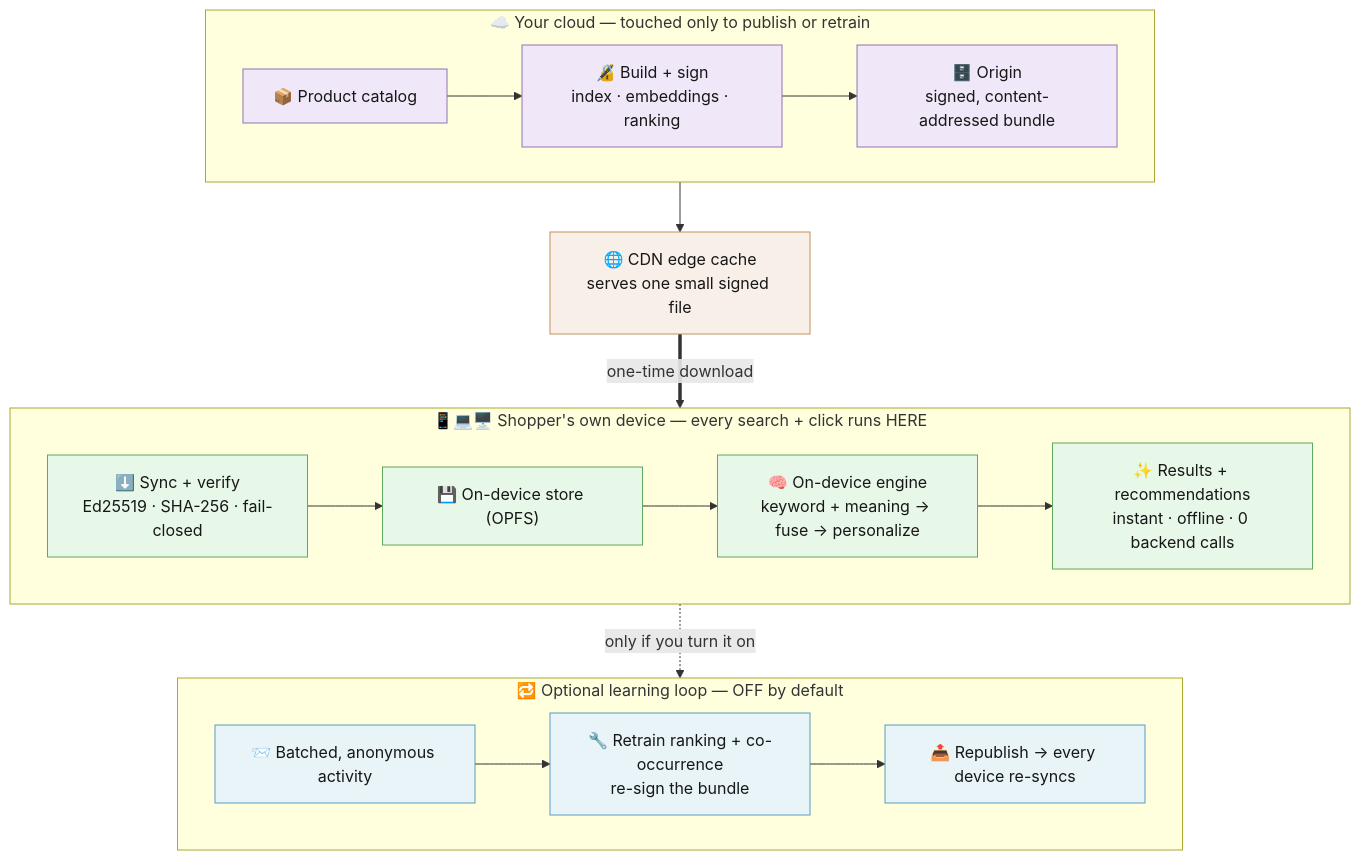
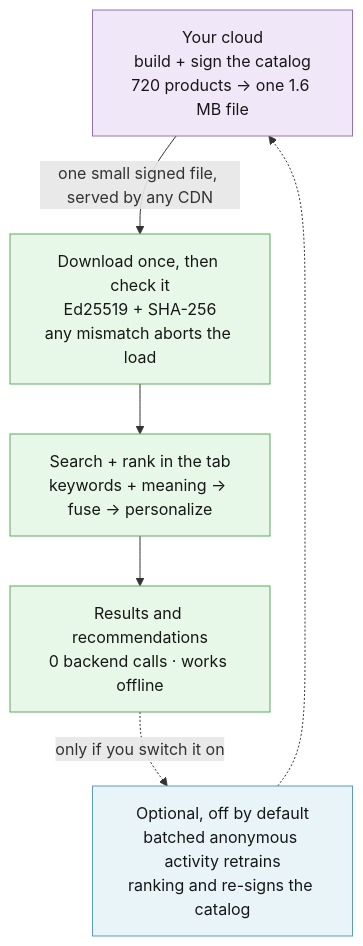
One commit to hseshadr/edge-reco changed the diagram in README.md. Above: the diagram before and after it, drawn with Mermaid. The commit also changed other lines of this file and 27 other files, not shown here.

First line of the commit message:
docs(seo): link all 8 repos from /github, break the three-site island, mermaid diagrams (#56)

````diff
--- a/README.md
+++ b/README.md
@@ -208,26 +198,20 @@
 ```mermaid
 flowchart TB
-  subgraph cloud["☁️ Your cloud — touched only to publish or retrain"]
-    direction LR
-    cat["📦 Product catalog"] --> build["🔏 Build + sign<br>index · embeddings · ranking"] --> origin["🗄️ Origin<br>signed, content-addressed bundle"]
-  end
-  origin --> edge["🌐 CDN edge cache<br>serves one small signed file"]
-  edge ==>|"one-time download"| sync
-  subgraph device["📱💻🖥️ Shopper's own device — every search + click runs HERE"]
-    direction LR
-    sync["⬇️ Sync + verify<br>Ed25519 · SHA-256 · fail-closed"] --> opfs["💾 On-device store (OPFS)"] --> engine["🧠 On-device engine<br>keyword + meaning → fuse → personalize"] --> recs["✨ Results + recommendations<br>instant · offline · 0 backend calls"]
-  end
-  subgraph learn["🔁 Optional learning loop — OFF by default"]
-    direction LR
-    uplink["📨 Batched, anonymous activity"] --> retrain["🔧 Retrain ranking + co-occurrence<br>re-sign the bundle"] --> republish["📤 Republish → every device re-syncs"]
-  end
-  recs -.->|"only if you turn it on"| uplink
-  classDef cloudCls fill:#f0e8f8,stroke:#9472b0,color:#171717;
-  classDef edgeCls fill:#f8f0e8,stroke:#c2925a,color:#171717;
-  classDef deviceCls fill:#e8f8e8,stroke:#5fa85f,color:#171717;
-  classDef learnCls fill:#e8f4f8,stroke:#5b9bbf,color:#171717;
-  class cat,build,origin cloudCls;
-  class edge edgeCls;
-  class sync,opfs,engine,recs deviceCls;
-  class uplink,retrain,republish learnCls;
+  build["Your cloud<br>build + sign the catalog<br>720 products → one 1.6 MB file"]
+  sync["Download once, then check it<br>Ed25519 + SHA-256<br>any mismatch aborts the load"]
+  engine["Search + rank in the tab<br>keywords + meaning → fuse → personalize"]
+  recs["Results and recommendations<br>0 backend calls · works offline"]
+  learn["Optional, off by default<br>batched anonymous activity retrains<br>ranking and re-signs the catalog"]
+
+  build -->|"one small signed file, served by any CDN"| sync
+  sync --> engine --> recs
+  recs -.->|"only if you switch it on"| learn
+  learn -.-> build
+
+  classDef cloud fill:#f0e8f8,stroke:#9472b0,color:#171717;
+  classDef device fill:#e8f8e8,stroke:#5fa85f,color:#171717;
+  classDef opt fill:#e8f4f8,stroke:#5b9bbf,color:#171717;
+  class build cloud;
+  class sync,engine,recs device;
+  class learn opt;
 ```
````
